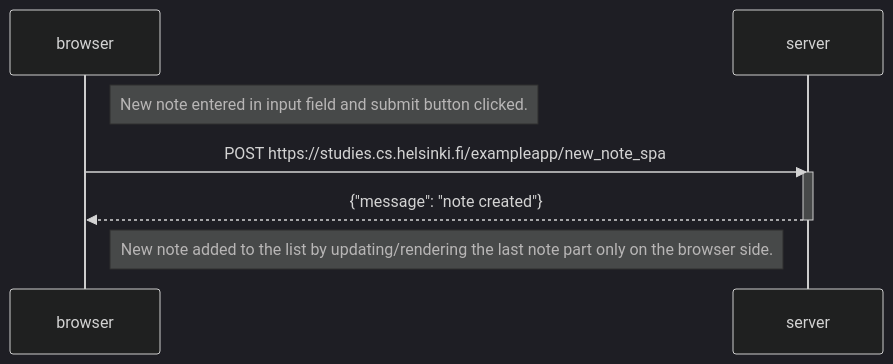
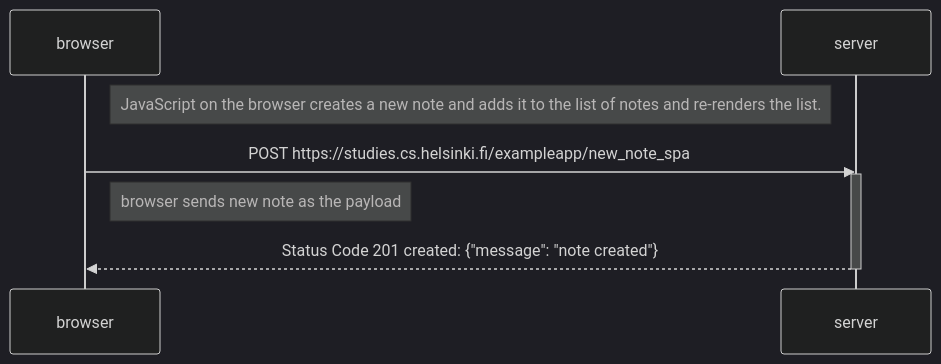
Before and after one commit to ElektrazCode/FullStackOpen: the diagram in Part0/0-6-SPANewNodeDiagram.md, drawn with Mermaid (dark theme). The commit also changed 2 other files, not shown here.

Commit message:
Revised Part0

````diff
--- a/Part0/0-6-SPANewNodeDiagram.md
+++ b/Part0/0-6-SPANewNodeDiagram.md
@@ -1,15 +1,14 @@
 ```mermaid
 sequenceDiagram
 participant browser
 participant server
 
-Note right of browser: New note entered in input field and submit button clicked.
-
+Note right of browser: JavaScript on the browser creates a new note and adds it to the list of notes and re-renders the list.
 browser->>server: POST https://studies.cs.helsinki.fi/exampleapp/new_note_spa
 activate server
-server-->>browser: {"message": "note created"}
+Note right of browser: browser sends new note as the payload
+server-->>browser: Status Code 201 created: {"message": "note created"}
 deactivate server
 
-Note right of browser: New note added to the list by updating/rendering the last note part only on the browser side.
 
 ```
````
